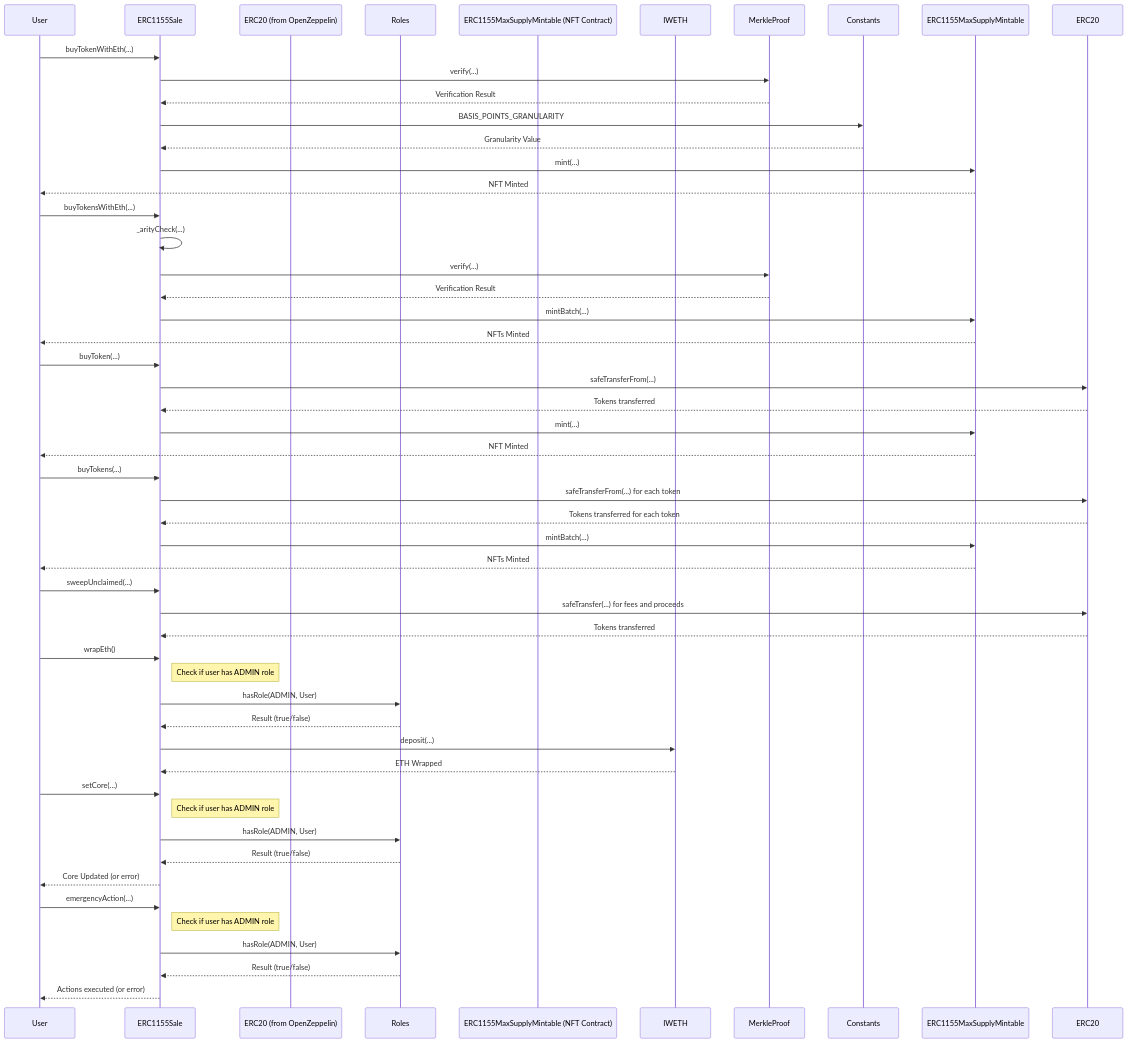
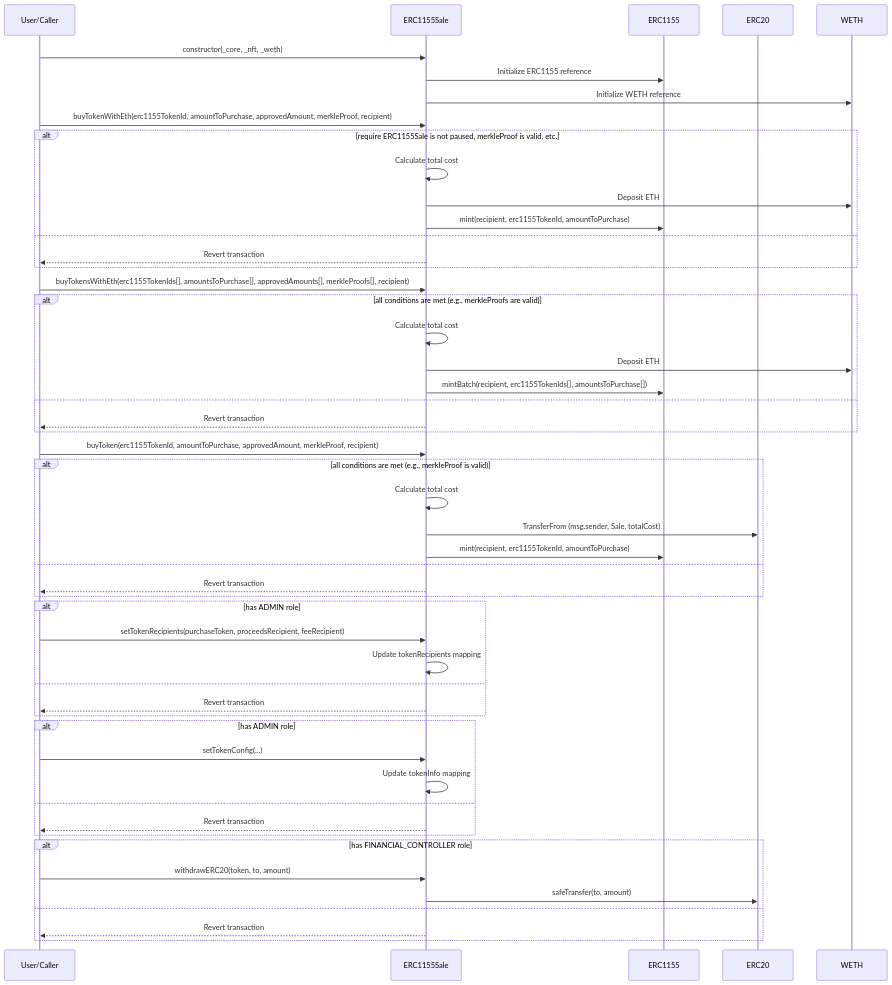
Before and after one commit to ZTX-Foundation/tuxedo: the second of 2 diagrams in doc/contracts/sale/ERC1155Sale.md, drawn with Mermaid. The commit also changed other lines of this file and 37 other files, not shown here.

````diff
--- a/doc/contracts/sale/ERC1155Sale.md
+++ b/doc/contracts/sale/ERC1155Sale.md
@@ -35,61 +25,60 @@
 ```mermaid
 sequenceDiagram
-    participant User
-    participant ERC1155Sale
-    participant ERC20 (from OpenZeppelin)
-    participant Roles
-    participant ERC1155MaxSupplyMintable (NFT Contract)
-    participant IWETH
-    participant MerkleProof
-    participant Constants
-    
-    User->>ERC1155Sale: buyTokenWithEth(...)
-    ERC1155Sale->>MerkleProof: verify(...)
-    MerkleProof-->>ERC1155Sale: Verification Result
-    ERC1155Sale->>Constants: BASIS_POINTS_GRANULARITY
-    Constants-->>ERC1155Sale: Granularity Value
-    ERC1155Sale->>ERC1155MaxSupplyMintable: mint(...)
-    ERC1155MaxSupplyMintable-->>User: NFT Minted
+    participant User as User/Caller
+    participant ERC1155Sale as ERC1155Sale
+    participant ERC1155NFT as ERC1155
+    participant ERC20 as ERC20
+    participant WETH as WETH
 
-    User->>ERC1155Sale: buyTokensWithEth(...)
-    ERC1155Sale->>ERC1155Sale: _arityCheck(...)
-    ERC1155Sale->>MerkleProof: verify(...)
-    MerkleProof-->>ERC1155Sale: Verification Result
-    ERC1155Sale->>ERC1155MaxSupplyMintable: mintBatch(...)
-    ERC1155MaxSupplyMintable-->>User: NFTs Minted
+    User->>ERC1155Sale: constructor(_core, _nft, _weth)
+    ERC1155Sale->>ERC1155NFT: Initialize ERC1155 reference
+    ERC1155Sale->>WETH: Initialize WETH reference
 
-    User->>ERC1155Sale: buyToken(...)
-    ERC1155Sale->>ERC20: safeTransferFrom(...)
-    ERC20-->>ERC1155Sale: Tokens transferred
-    ERC1155Sale->>ERC1155MaxSupplyMintable: mint(...)
-    ERC1155MaxSupplyMintable-->>User: NFT Minted
+    User->>ERC1155Sale: buyTokenWithEth(erc1155TokenId, amountToPurchase, approvedAmount, merkleProof, recipient)
+    alt require ERC1155Sale is not paused, merkleProof is valid, etc.
+        ERC1155Sale->>ERC1155Sale: Calculate total cost
+        ERC1155Sale->>WETH: Deposit ETH
+        ERC1155Sale->>ERC1155NFT: mint(recipient, erc1155TokenId, amountToPurchase)
+    else
+        ERC1155Sale-->>User: Revert transaction
+    end
 
-    User->>ERC1155Sale: buyTokens(...)
-    ERC1155Sale->>ERC20: safeTransferFrom(...) for each token
-    ERC20-->>ERC1155Sale: Tokens transferred for each token
-    ERC1155Sale->>ERC1155MaxSupplyMintable: mintBatch(...)
-    ERC1155MaxSupplyMintable-->>User: NFTs Minted
+    User->>ERC1155Sale: buyTokensWithEth(erc1155TokenIds[], amountsToPurchase[], approvedAmounts[], merkleProofs[], recipient)
+    alt all conditions are met (e.g., merkleProofs are valid)
+        ERC1155Sale->>ERC1155Sale: Calculate total cost
+        ERC1155Sale->>WETH: Deposit ETH
+        ERC1155Sale->>ERC1155NFT: mintBatch(recipient, erc1155TokenIds[], amountsToPurchase[])
+    else
+        ERC1155Sale-->>User: Revert transaction
+    end
 
-    User->>ERC1155Sale: sweepUnclaimed(...)
-    ERC1155Sale->>ERC20: safeTransfer(...) for fees and proceeds
-    ERC20-->>ERC1155Sale: Tokens transferred
-    
-    User->>ERC1155Sale: wrapEth()
-    note right of ERC1155Sale: Check if user has ADMIN role
-    ERC1155Sale->>Roles: hasRole(ADMIN, User)
-    Roles-->>ERC1155Sale: Result (true/false)
-    ERC1155Sale->>IWETH: deposit(...)
-    IWETH-->>ERC1155Sale: ETH Wrapped
+    User->>ERC1155Sale: buyToken(erc1155TokenId, amountToPurchase, approvedAmount, merkleProof, recipient)
+    alt all conditions are met (e.g., merkleProof is valid)
+        ERC1155Sale->>ERC1155Sale: Calculate total cost
+        ERC1155Sale->>ERC20: TransferFrom (msg.sender, Sale, totalCost)
+        ERC1155Sale->>ERC1155NFT: mint(recipient, erc1155TokenId, amountToPurchase)
+    else
+        ERC1155Sale-->>User: Revert transaction
+    end
 
-    User->>ERC1155Sale: setCore(...)
-    note right of ERC1155Sale: Check if user has ADMIN role
-    ERC1155Sale->>Roles: hasRole(ADMIN, User)
-    Roles-->>ERC1155Sale: Result (true/false)
-    ERC1155Sale-->>User: Core Updated (or error)
-    
-    User->>ERC1155Sale: emergencyAction(...)
-    note right of ERC1155Sale: Check if user has ADMIN role
-    ERC1155Sale->>Roles: hasRole(ADMIN, User)
-    Roles-->>ERC1155Sale: Result (true/false)
-    ERC1155Sale-->>User: Actions executed (or error)
+    alt has ADMIN role
+        User->>ERC1155Sale: setTokenRecipients(purchaseToken, proceedsRecipient, feeRecipient)
+        ERC1155Sale->>ERC1155Sale: Update tokenRecipients mapping
+    else
+        ERC1155Sale-->>User: Revert transaction
+    end
+
+    alt has ADMIN role
+        User->>ERC1155Sale: setTokenConfig(...)
+        ERC1155Sale->>ERC1155Sale: Update tokenInfo mapping
+    else
+        ERC1155Sale-->>User: Revert transaction
+    end
+
+    alt has FINANCIAL_CONTROLLER role
+        User->>ERC1155Sale: withdrawERC20(token, to, amount)
+        ERC1155Sale->>ERC20: safeTransfer(to, amount)
+    else
+        ERC1155Sale-->>User: Revert transaction
+    end
 ```
````
